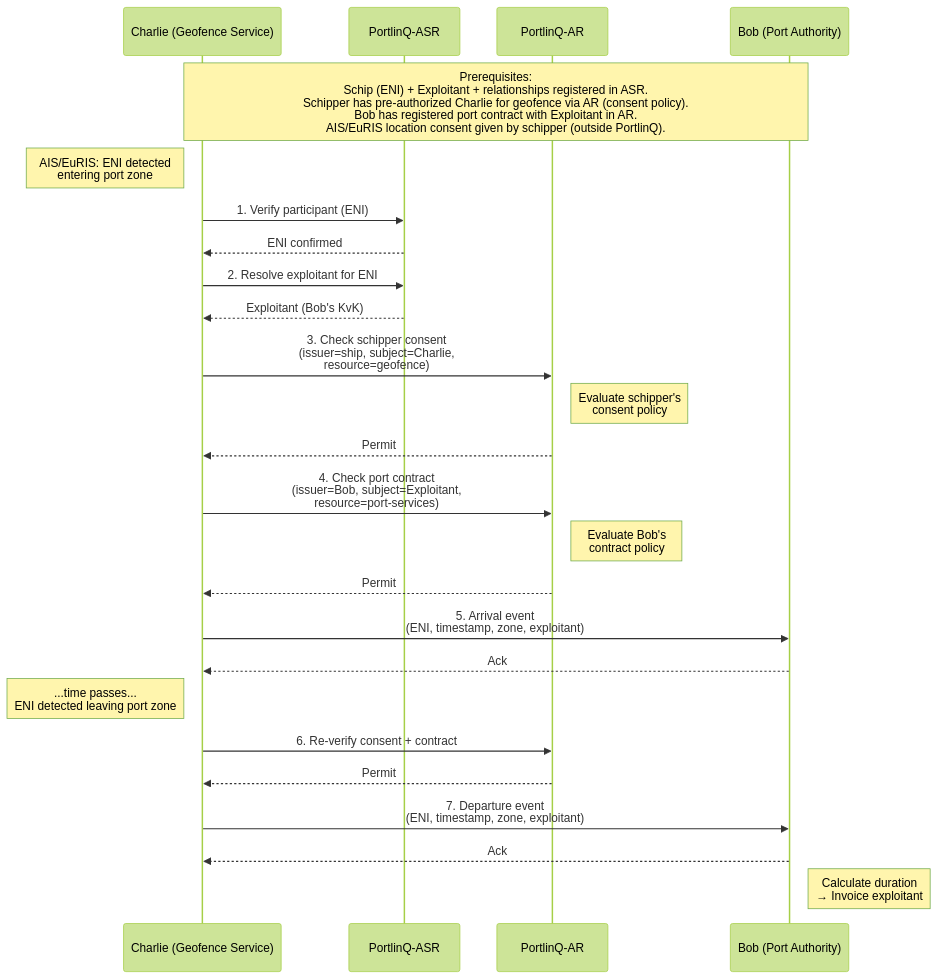
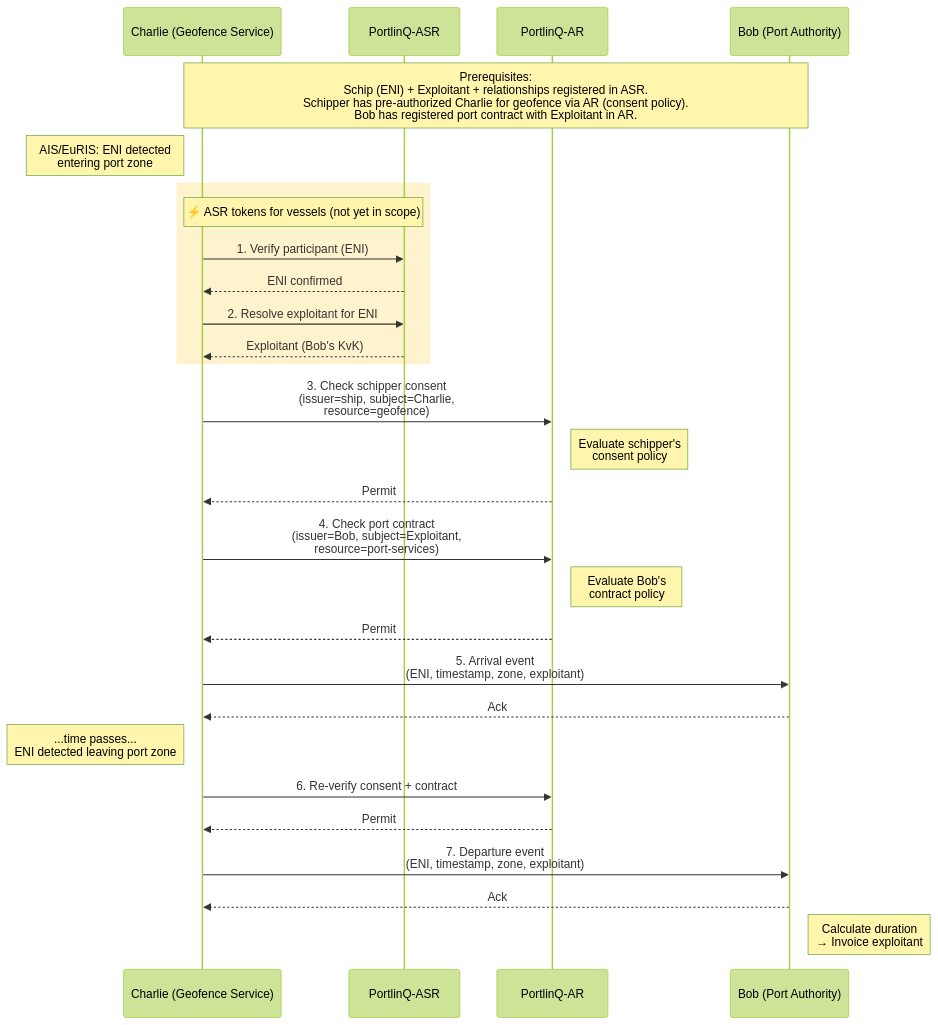
Before and after one commit to POORT8/Poort8.Docs: the diagram in portlinq/geofence-arrival.md, drawn with Mermaid (forest theme). The commit also changed other lines of this file, not shown here.

````diff
--- a/portlinq/geofence-arrival.md
+++ b/portlinq/geofence-arrival.md
@@ -15,39 +15,42 @@
 ```mermaid
 sequenceDiagram
     participant Charlie as Charlie (Geofence Service)
     participant ASR as PortlinQ-ASR
     participant AR as PortlinQ-AR
     participant Bob as Bob (Port Authority)
-    Note over Charlie,Bob: Prerequisites:<br/>Schip (ENI) + Exploitant + relationships registered in ASR.<br/>Schipper has pre-authorized Charlie for geofence via AR (consent policy).<br/>Bob has registered port contract with Exploitant in AR.<br/>AIS/EuRIS location consent given by schipper (outside PortlinQ).
+    Note over Charlie,Bob: Prerequisites:<br/>Schip (ENI) + Exploitant + relationships registered in ASR.<br/>Schipper has pre-authorized Charlie for geofence via AR (consent policy).<br/>Bob has registered port contract with Exploitant in AR.
 
     %% Ship detected
     Note left of Charlie: AIS/EuRIS: ENI detected<br/>entering port zone
 
     %% Participant verification
-    Charlie->>ASR: 1. Verify participant (ENI)
-    ASR-->>Charlie: ENI confirmed
-    Charlie->>ASR: 2. Resolve exploitant for ENI
-    ASR-->>Charlie: Exploitant (Bob's KvK)
+    rect rgb(255, 243, 205)
+        Note over Charlie,ASR: ⚡ ASR tokens for vessels (not yet in scope)
+        Charlie->>ASR: 1. Verify participant (ENI)
+        ASR-->>Charlie: ENI confirmed
+        Charlie->>ASR: 2. Resolve exploitant for ENI
+        ASR-->>Charlie: Exploitant (Bob's KvK)
+    end
 
     %% Authorization checks
     Charlie->>AR: 3. Check schipper consent<br/>(issuer=ship, subject=Charlie,<br/>resource=geofence)
     Note right of AR: Evaluate schipper's<br/>consent policy
     AR-->>Charlie: Permit
     Charlie->>AR: 4. Check port contract<br/>(issuer=Bob, subject=Exploitant,<br/>resource=port-services)
     Note right of AR: Evaluate Bob's<br/>contract policy
     AR-->>Charlie: Permit
 
     %% Arrival event
     Charlie->>Bob: 5. Arrival event<br/>(ENI, timestamp, zone, exploitant)
     Bob-->>Charlie: Ack
 
     %% Departure
     Note left of Charlie: ...time passes...<br/>ENI detected leaving port zone
     Charlie->>AR: 6. Re-verify consent + contract
     AR-->>Charlie: Permit
     Charlie->>Bob: 7. Departure event<br/>(ENI, timestamp, zone, exploitant)
     Bob-->>Charlie: Ack
 
     %% Invoicing
     Note right of Bob: Calculate duration<br/>→ Invoice exploitant
 ```
````
